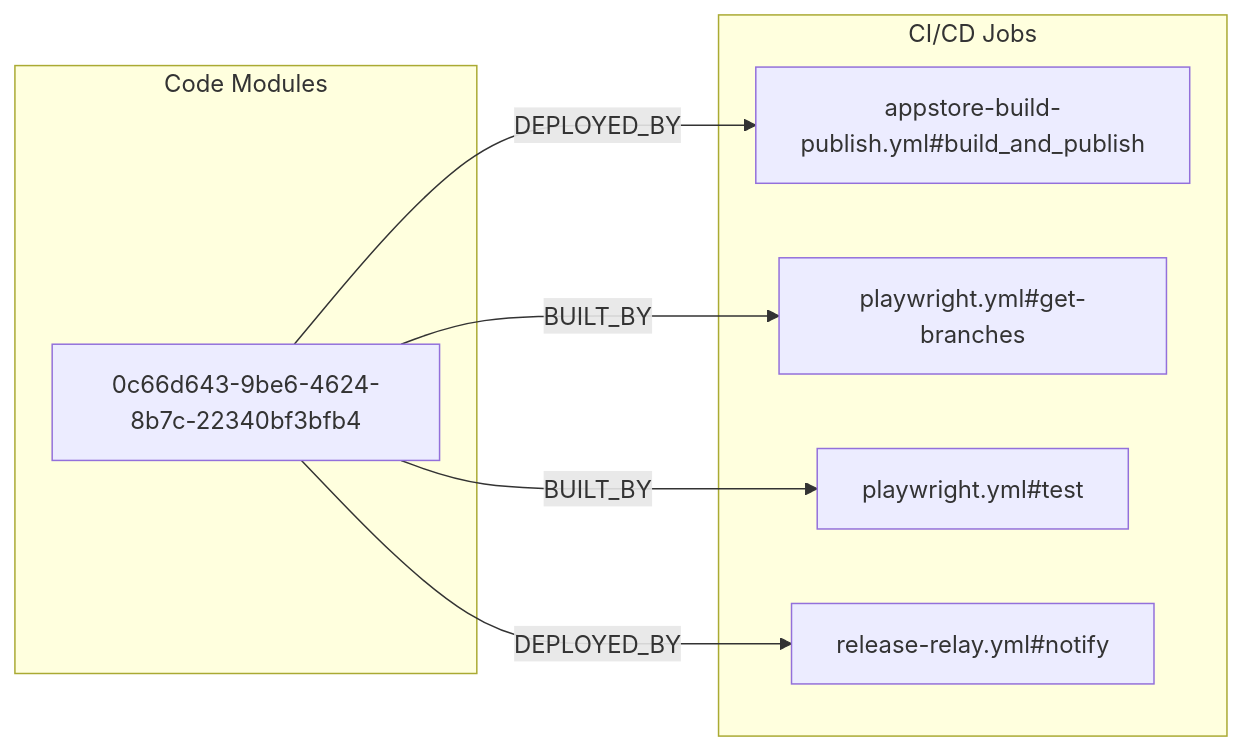
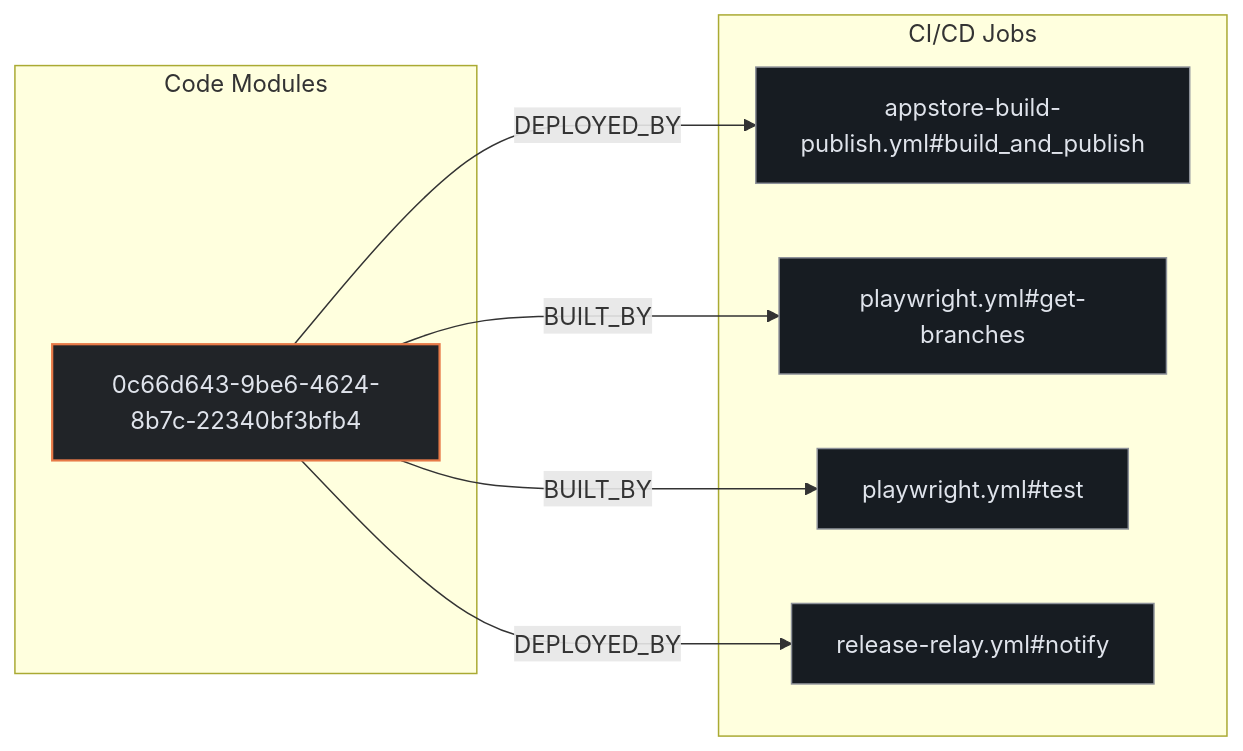
One commit to kumarshaz/atruss-code-atlas changed the second of 3 diagrams in exports/latest/reports/nextcloud-unsplash-report.md. Above: the diagram before and after it, drawn with Mermaid. The commit also changed other lines of this file and 331 other files, not shown here.

Commit message:
docs,ui,fix: update SDLC docs, reorder CI/CD DAG first, stylize Mermaid, and fix Arc42 pipeline topology

````diff
--- a/exports/latest/reports/nextcloud-unsplash-report.md
+++ b/exports/latest/reports/nextcloud-unsplash-report.md
@@ -108,16 +115,20 @@
 ```mermaid
 flowchart LR
+    classDef atlasCategory fill:#212428,stroke:#E87A48,stroke-width:1.5px,color:#dfe3eb
+    classDef atlasWorkflow fill:#1b2026,stroke:#a3c9ff,stroke-width:1.5px,color:#dfe3eb
+    classDef atlasJob fill:#171c22,stroke:#8d9199,stroke-width:1px,color:#dfe3eb
+    classDef atlasTarget fill:#005227,stroke:#8bd99b,stroke-width:1.5px,color:#a7f6b6
     subgraph code_modules["Code Modules"]
-        mod_0c66d643_9be6_4624_8b7c_22340bf3bfb4["0c66d643-9be6-4624-8b7c-22340bf3bfb4"]
+        mod_0c66d643_9be6_4624_8b7c_22340bf3bfb4["0c66d643-9be6-4624-8b7c-22340bf3bfb4"]:::atlasCategory
     end
     subgraph ci_jobs["CI/CD Jobs"]
-        job_appstore_build_publish_yml_build_and_publish["appstore-build-publish.yml#build_and_publish"]
-        job_playwright_yml_get_branches["playwright.yml#get-branches"]
-        job_playwright_yml_test["playwright.yml#test"]
-        job_release_relay_yml_notify["release-relay.yml#notify"]
+        job_appstore_build_publish_yml_build_and_publish["appstore-build-publish.yml#build_and_publish"]:::atlasJob
+        job_playwright_yml_get_branches["playwright.yml#get-branches"]:::atlasJob
+        job_playwright_yml_test["playwright.yml#test"]:::atlasJob
+        job_release_relay_yml_notify["release-relay.yml#notify"]:::atlasJob
     end
     mod_0c66d643_9be6_4624_8b7c_22340bf3bfb4 -->|BUILT_BY| job_playwright_yml_get_branches
     mod_0c66d643_9be6_4624_8b7c_22340bf3bfb4 -->|BUILT_BY| job_playwright_yml_test
     mod_0c66d643_9be6_4624_8b7c_22340bf3bfb4 -->|DEPLOYED_BY| job_appstore_build_publish_yml_build_and_publish
     mod_0c66d643_9be6_4624_8b7c_22340bf3bfb4 -->|DEPLOYED_BY| job_release_relay_yml_notify
 ```
````
